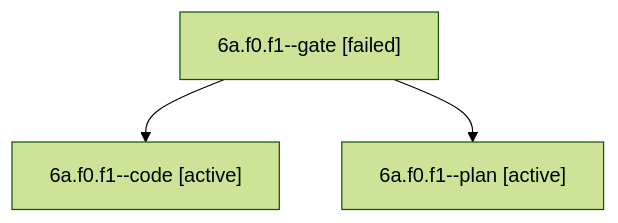
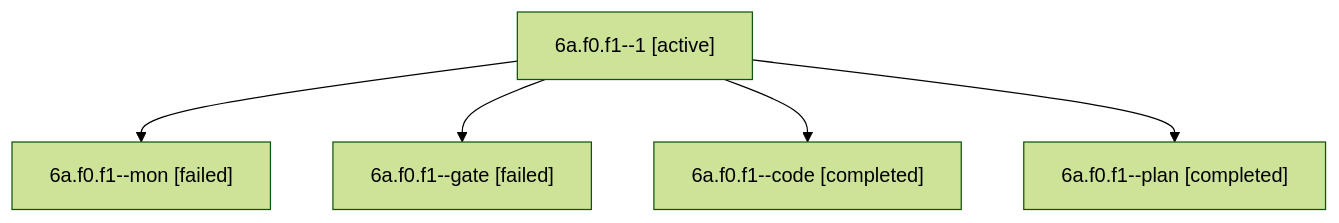
Before and after one commit to bobs-org/bob-cli--agents: the diagram in sessions/bbugyi200.apollo.6a.f0.f1.md, drawn with Mermaid (forest theme). The commit also changed other lines of this file and 38 other files, not shown here.

````diff
--- a/sessions/bbugyi200.apollo.6a.f0.f1.md
+++ b/sessions/bbugyi200.apollo.6a.f0.f1.md
@@ -9,8 +9,12 @@
 ```mermaid
 flowchart TD
-  n0["6a.f0.f1--gate [failed]"]
-  n1["6a.f0.f1--code [active]"]
+  n0["6a.f0.f1--1 [active]"]
+  n1["6a.f0.f1--mon [failed]"]
   n0 --> n1
-  n2["6a.f0.f1--plan [active]"]
+  n2["6a.f0.f1--gate [failed]"]
   n0 --> n2
+  n3["6a.f0.f1--code [completed]"]
+  n0 --> n3
+  n4["6a.f0.f1--plan [completed]"]
+  n0 --> n4
 ```
````
